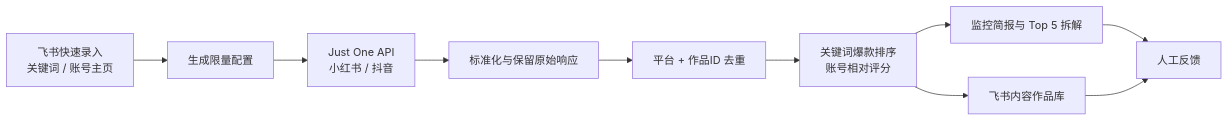
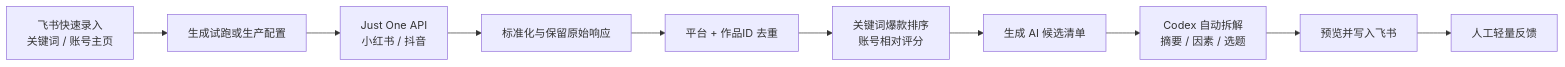
The diagram in README.md (xintu1314/content-boom-monitor), drawn with Mermaid before and after one commit. The commit also changed other lines of this file and 7 other files, not shown here.

````diff
--- a/README.md
+++ b/README.md
@@ -36,12 +36,12 @@
 ```mermaid
 flowchart LR
-    A[飞书快速录入<br/>关键词 / 账号主页] --> B[生成限量配置]
+    A[飞书快速录入<br/>关键词 / 账号主页] --> B[生成试跑或生产配置]
     B --> C[Just One API<br/>小红书 / 抖音]
     C --> D[标准化与保留原始响应]
     D --> E[平台 + 作品ID 去重]
     E --> F[关键词爆款排序<br/>账号相对评分]
-    F --> G[监控简报与 Top 5 拆解]
-    F --> H[飞书内容作品库]
-    G --> I[人工反馈]
-    H --> I
+    F --> G[生成 AI 候选清单]
+    G --> H[Codex 自动拆解<br/>摘要 / 因素 / 选题]
+    H --> I[预览并写入飞书]
+    I --> J[人工轻量反馈]
 ```
````
